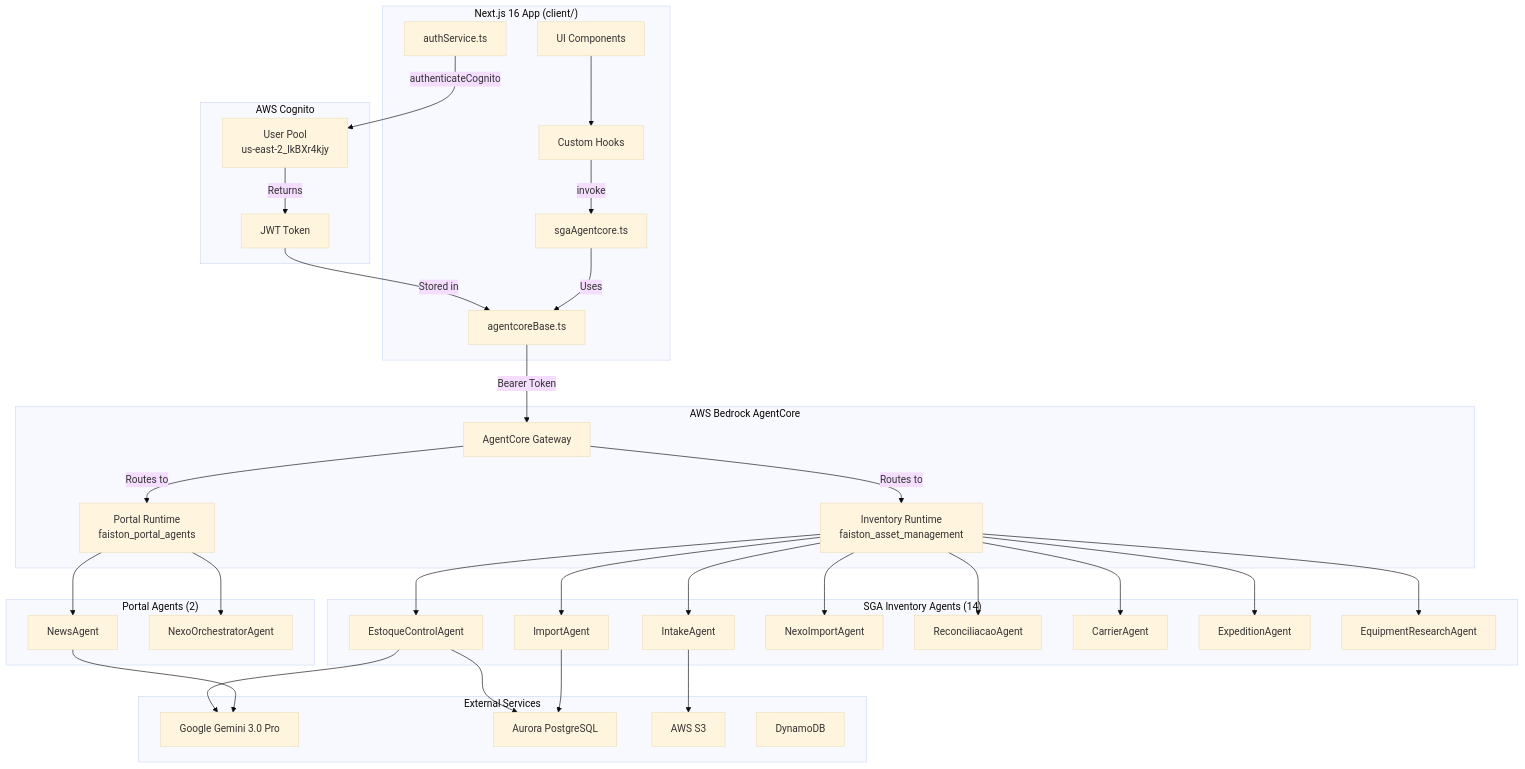
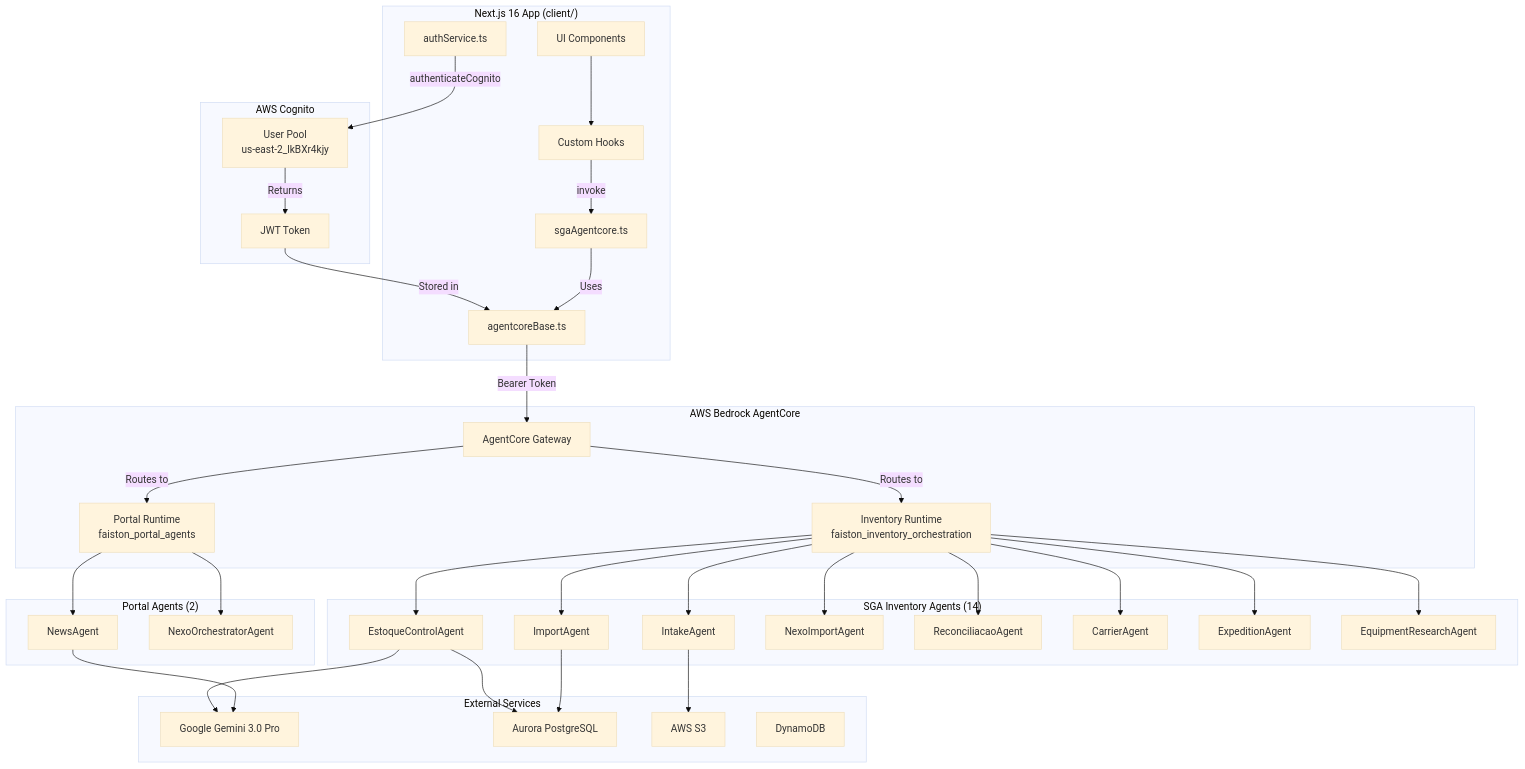
Before and after one commit to LPDigital-Agent/lpd-faiston-allinone: the diagram in docs/AgentCore/IMPLEMENTATION_GUIDE.md, drawn with Mermaid (base theme). The commit also changed other lines of this file and 20 other files, not shown here.

First line of the commit message:
📝 docs: update all documentation for faiston_inventory_orchestration rename

````diff
--- a/docs/AgentCore/IMPLEMENTATION_GUIDE.md
+++ b/docs/AgentCore/IMPLEMENTATION_GUIDE.md
@@ -22,73 +22,73 @@
 ```mermaid
 flowchart TB
     subgraph Frontend ["Next.js 16 App (client/)"]
         AUTH[authService.ts]
         BASE[agentcoreBase.ts]
         SGA[sgaAgentcore.ts]
         HOOKS[Custom Hooks]
         PANELS[UI Components]
     end
 
     subgraph Auth ["AWS Cognito"]
         POOL[User Pool<br/>us-east-2_lkBXr4kjy]
         JWT[JWT Token]
     end
 
     subgraph AgentCore ["AWS Bedrock AgentCore"]
         GW[AgentCore Gateway]
-        INV_RT[Inventory Runtime<br/>faiston_asset_management]
+        INV_RT[Inventory Runtime<br/>faiston_inventory_orchestration]
         PORTAL_RT[Portal Runtime<br/>faiston_portal_agents]
     end
 
     subgraph InventoryAgents ["SGA Inventory Agents (14)"]
         CTRL[EstoqueControlAgent]
         INTAKE[IntakeAgent]
         IMPORT[ImportAgent]
         NEXO_IMP[NexoImportAgent]
         RECON[ReconciliacaoAgent]
         CARRIER[CarrierAgent]
         EXPED[ExpeditionAgent]
         EQUIP[EquipmentResearchAgent]
     end
 
     subgraph PortalAgents ["Portal Agents (2)"]
         NEWS[NewsAgent]
         ORCH[NexoOrchestratorAgent]
     end
 
     subgraph External ["External Services"]
         GEMINI[Google Gemini 3.0 Pro]
         AURORA[Aurora PostgreSQL]
         S3[AWS S3]
         DYNAMO[DynamoDB]
     end
 
     AUTH -->|authenticateCognito| POOL
     POOL -->|Returns| JWT
     JWT -->|Stored in| BASE
 
     PANELS --> HOOKS
     HOOKS -->|invoke| SGA
     SGA -->|Uses| BASE
     BASE -->|Bearer Token| GW
     GW -->|Routes to| INV_RT
     GW -->|Routes to| PORTAL_RT
 
     INV_RT --> CTRL
     INV_RT --> INTAKE
     INV_RT --> IMPORT
     INV_RT --> NEXO_IMP
     INV_RT --> RECON
     INV_RT --> CARRIER
     INV_RT --> EXPED
     INV_RT --> EQUIP
 
     PORTAL_RT --> NEWS
     PORTAL_RT --> ORCH
 
     CTRL --> GEMINI
     CTRL --> AURORA
     INTAKE --> S3
     IMPORT --> AURORA
     NEWS --> GEMINI
 ```
````
